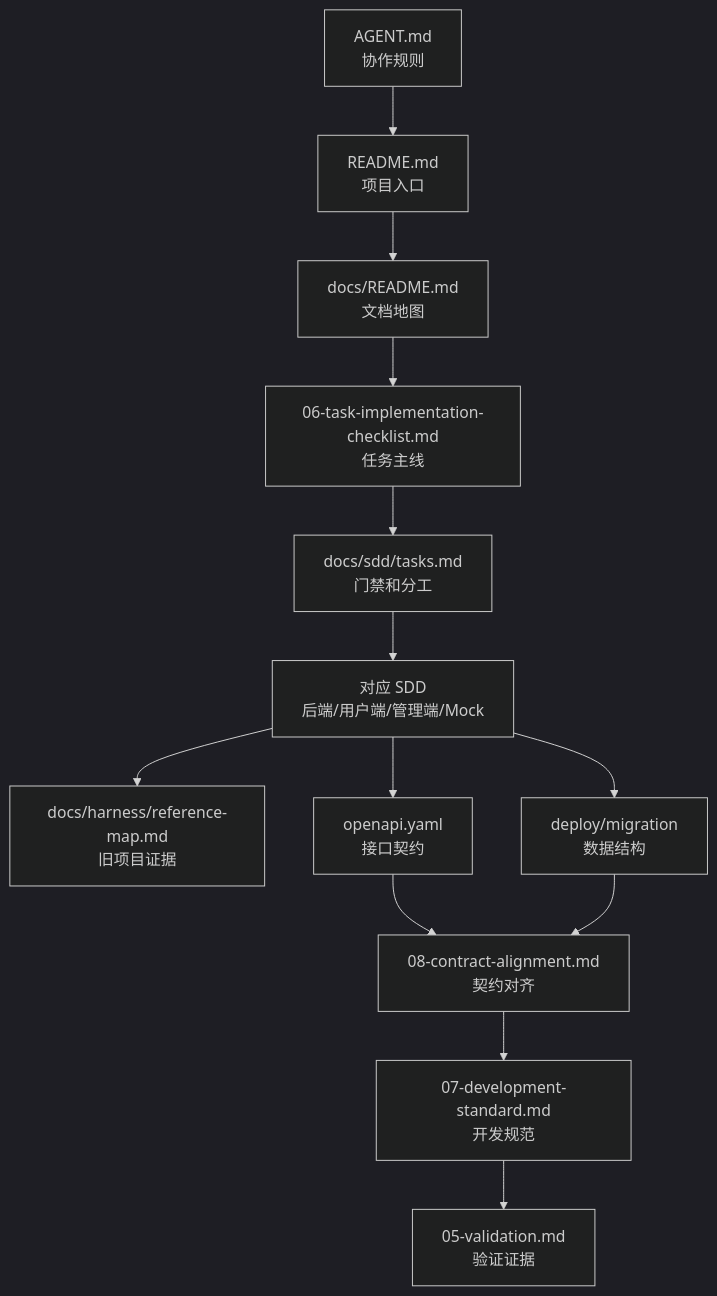
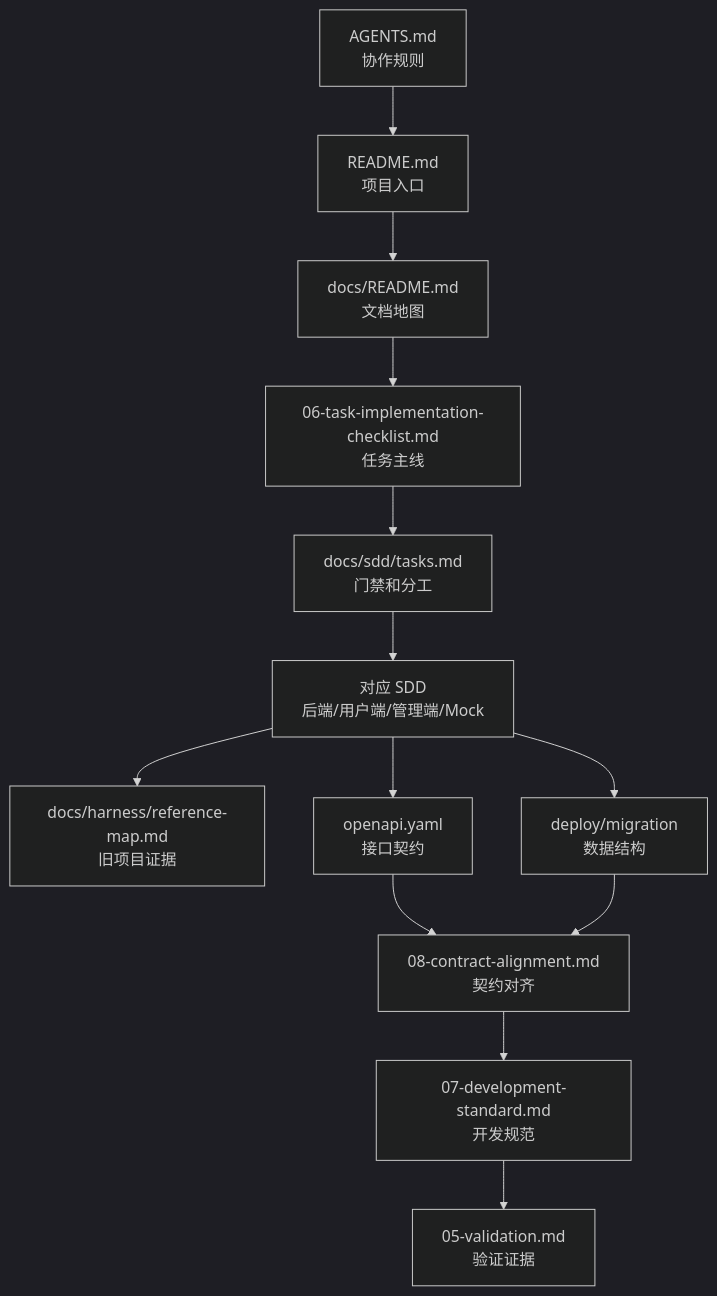
One commit to lizhengda0525-sudo/ZhongXiangPin changed the diagram in docs/README.md. Above: the diagram before and after it, drawn with Mermaid (dark theme). The commit also changed other lines of this file and 6 other files, not shown here.

````diff
--- a/docs/README.md
+++ b/docs/README.md
@@ -18,18 +18,18 @@
 ```mermaid
 flowchart TB
     accTitle: Document Reading Flow
     accDescr: 文档阅读流展示从协作入口到任务执行、契约对齐、旧项目证据和验证记录的推荐顺序。
 
-    agent["AGENT.md<br/>协作规则"] --> readme["README.md<br/>项目入口"]
+    agent["AGENTS.md<br/>协作规则"] --> readme["README.md<br/>项目入口"]
     readme --> docs_map["docs/README.md<br/>文档地图"]
     docs_map --> checklist["06-task-implementation-checklist.md<br/>任务主线"]
     checklist --> sdd_tasks["docs/sdd/tasks.md<br/>门禁和分工"]
     sdd_tasks --> sdd_spec["对应 SDD<br/>后端/用户端/管理端/Mock"]
     sdd_spec --> harness["docs/harness/reference-map.md<br/>旧项目证据"]
     sdd_spec --> openapi["openapi.yaml<br/>接口契约"]
     sdd_spec --> migration["deploy/migration<br/>数据结构"]
     openapi --> alignment["08-contract-alignment.md<br/>契约对齐"]
     migration --> alignment
     alignment --> standard["07-development-standard.md<br/>开发规范"]
     standard --> validation["05-validation.md<br/>验证证据"]
 ```
````
